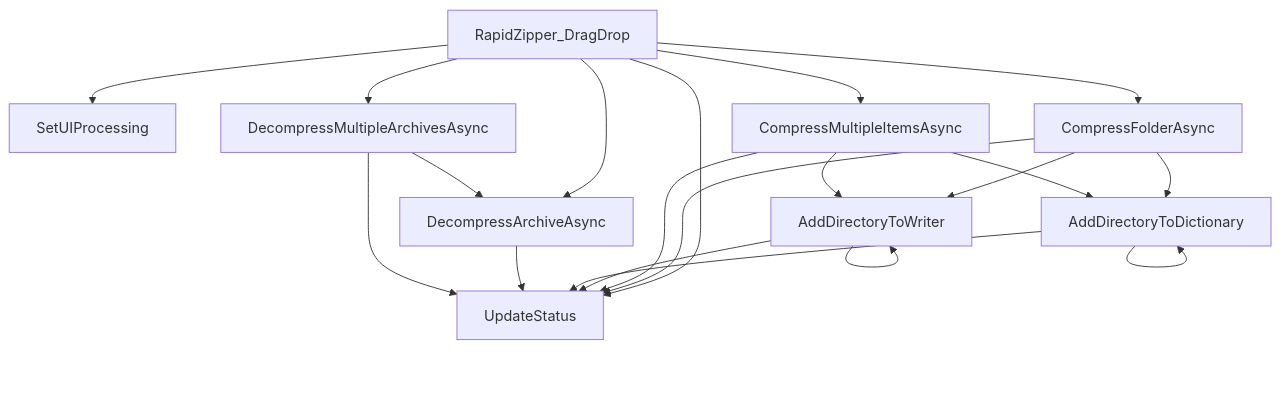
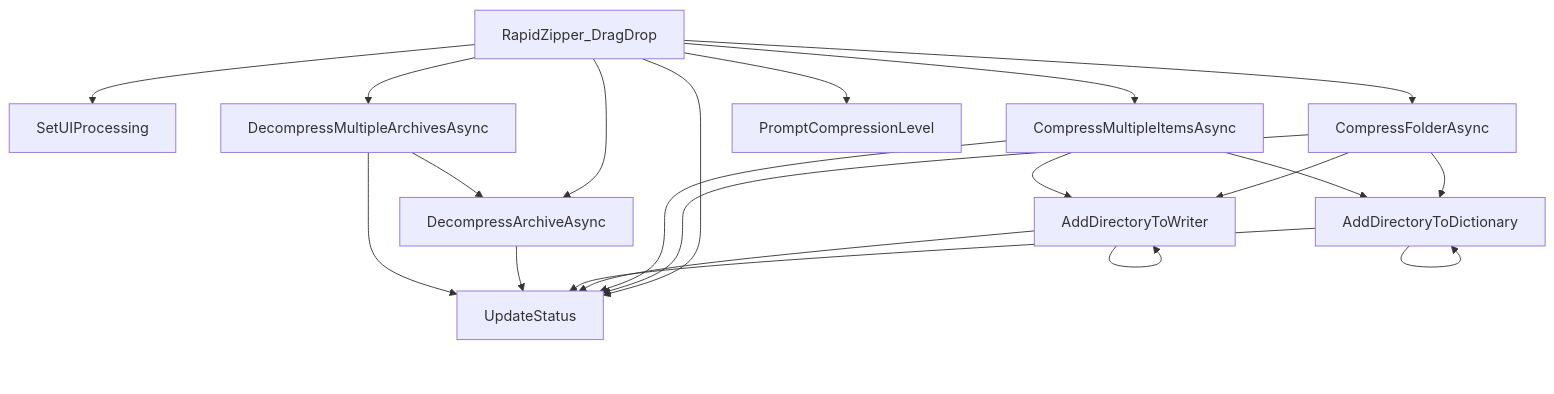
One commit to DovahkiinYuzuko/rapid-zipper changed the diagram in docs/variables'n'functions/[C#]Form1.md. Above: the diagram before and after it, drawn with Mermaid. The commit also changed other lines of this file and 1 other file, not shown here.

````diff
--- a/docs/variables'n'functions/[C#]Form1.md
+++ b/docs/variables'n'functions/[C#]Form1.md
@@ -127,22 +135,23 @@
 ```mermaid
 graph TD
     RapidZipper_DragDrop --> SetUIProcessing
     RapidZipper_DragDrop --> CompressFolderAsync
     RapidZipper_DragDrop --> DecompressArchiveAsync
     RapidZipper_DragDrop --> DecompressMultipleArchivesAsync
     RapidZipper_DragDrop --> CompressMultipleItemsAsync
     RapidZipper_DragDrop --> UpdateStatus
+    RapidZipper_DragDrop --> PromptCompressionLevel
     CompressFolderAsync --> AddDirectoryToWriter
     CompressFolderAsync --> AddDirectoryToDictionary
     CompressFolderAsync --> UpdateStatus
     CompressMultipleItemsAsync --> AddDirectoryToWriter
     CompressMultipleItemsAsync --> AddDirectoryToDictionary
     CompressMultipleItemsAsync --> UpdateStatus
     AddDirectoryToWriter --> UpdateStatus
     AddDirectoryToWriter --> AddDirectoryToWriter
     AddDirectoryToDictionary --> UpdateStatus
     AddDirectoryToDictionary --> AddDirectoryToDictionary
     DecompressArchiveAsync --> UpdateStatus
     DecompressMultipleArchivesAsync --> DecompressArchiveAsync
     DecompressMultipleArchivesAsync --> UpdateStatus
 ```
````
